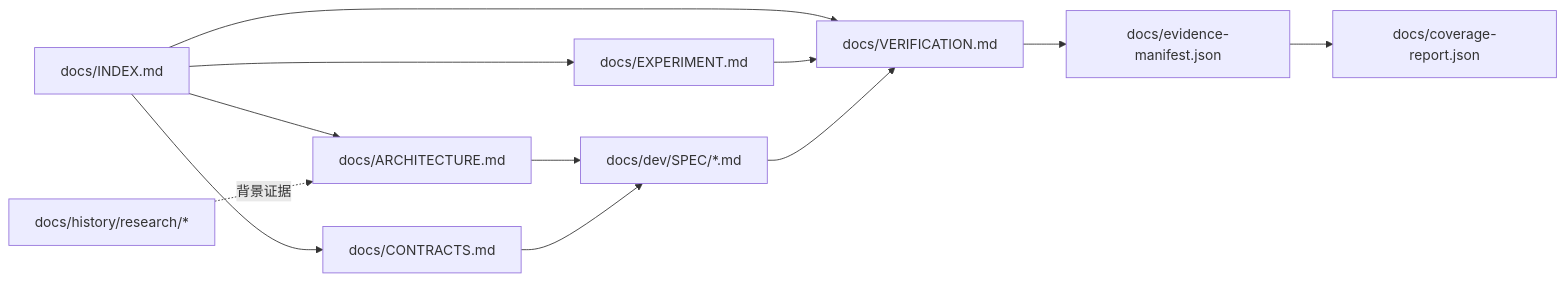
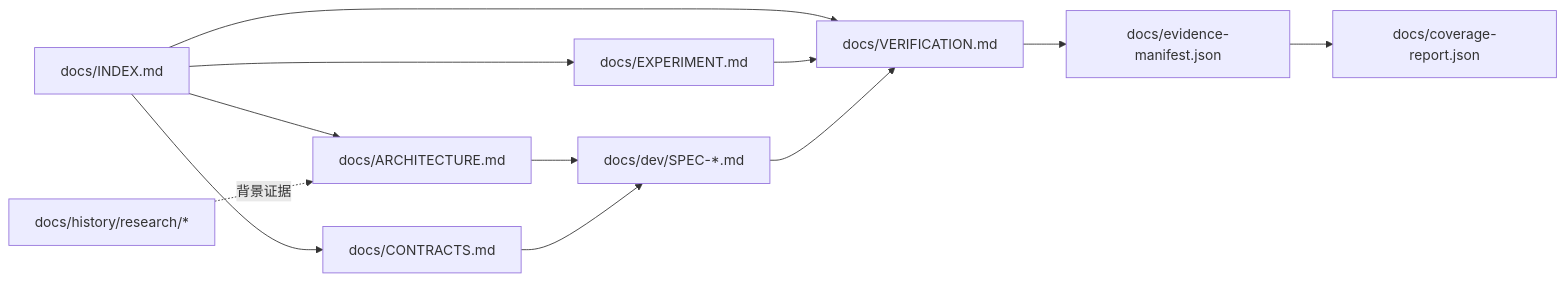
One commit to HoldThatThgt/WorldMock changed the first of 2 diagrams in docs/dev/SPEC-document-governance.md. Above: the diagram before and after it, drawn with Mermaid. The commit also changed other lines of this file and 1 other file, not shown here.

Commit message:
docs: revise governance spec for flat paths and pre-existing registry

````diff
--- a/docs/dev/SPEC-document-governance.md
+++ b/docs/dev/SPEC-document-governance.md
@@ -39,14 +40,14 @@
 ```mermaid
 flowchart LR
     INDEX[docs/INDEX.md] --> ARCH[docs/ARCHITECTURE.md]
     INDEX --> CONTRACTS[docs/CONTRACTS.md]
     INDEX --> EXP[docs/EXPERIMENT.md]
     INDEX --> VER[docs/VERIFICATION.md]
-    ARCH --> SPEC[docs/dev/SPEC/*.md]
+    ARCH --> SPEC[docs/dev/SPEC-*.md]
     CONTRACTS --> SPEC
     EXP --> VER
     SPEC --> VER
     VER --> MANIFEST[docs/evidence-manifest.json]
     MANIFEST --> COVERAGE[docs/coverage-report.json]
     RESEARCH[docs/history/research/*] -.背景证据.-> ARCH
 ```
````
